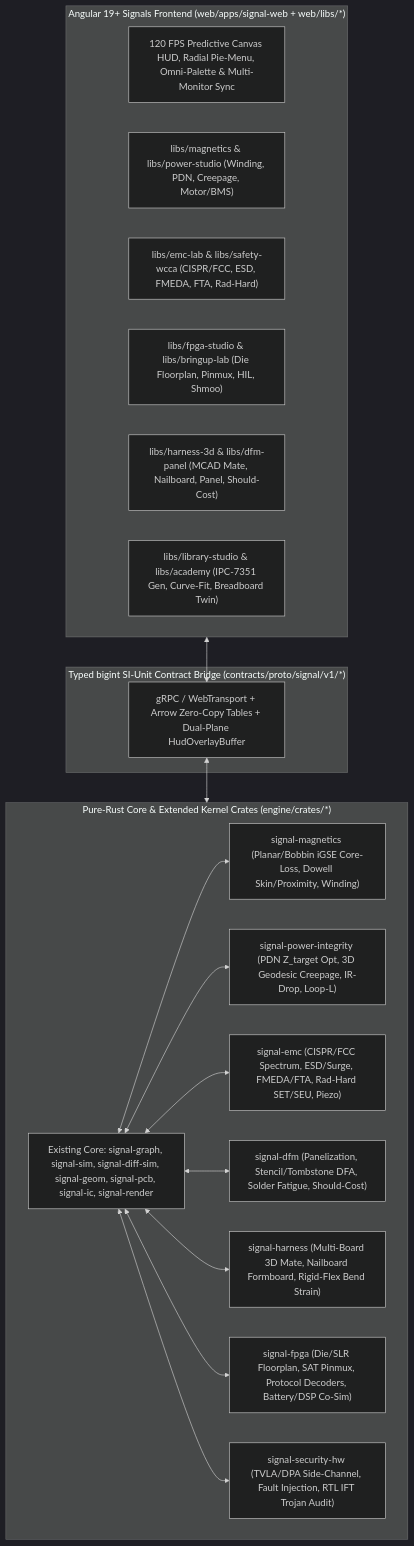
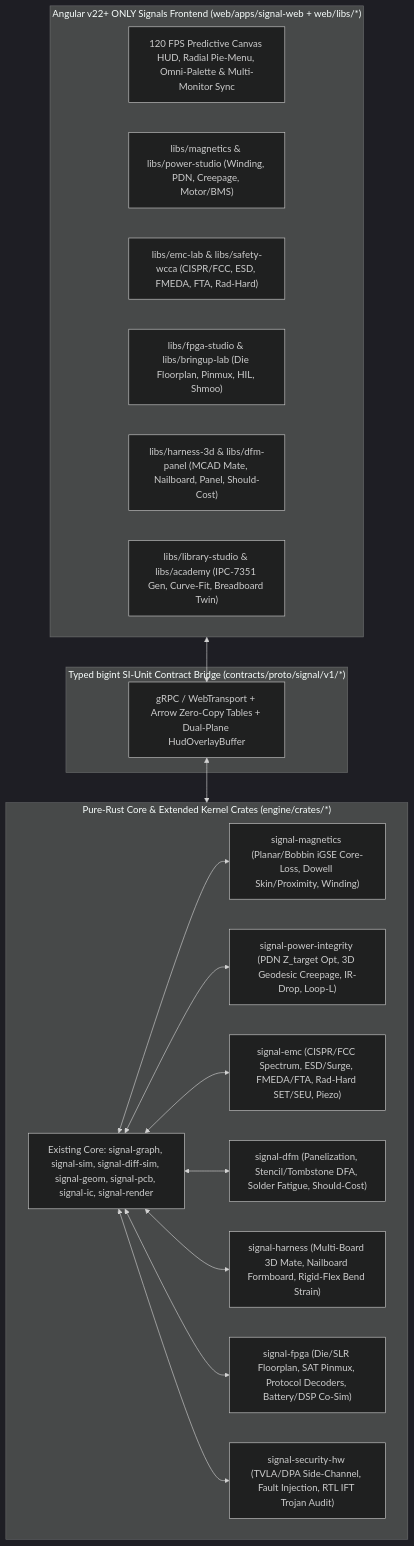
The diagram in architecture/17-extended-feature-specifications-ui-and-rust.md (the-code-master/signal), drawn with Mermaid (dark theme) before and after one commit. The commit also changed other lines of this file and 52 other files, not shown here.

````diff
--- a/architecture/17-extended-feature-specifications-ui-and-rust.md
+++ b/architecture/17-extended-feature-specifications-ui-and-rust.md
@@ -11,36 +11,36 @@
 ```mermaid
 flowchart TB
-    subgraph UI["Angular 19+ Signals Frontend (web/apps/signal-web + web/libs/*)"]
+    subgraph UI["Angular v22+ ONLY Signals Frontend (web/apps/signal-web + web/libs/*)"]
         HUD["120 FPS Predictive Canvas HUD, Radial Pie-Menu, Omni-Palette & Multi-Monitor Sync"]
         WExt1["libs/magnetics & libs/power-studio (Winding, PDN, Creepage, Motor/BMS)"]
         WExt2["libs/emc-lab & libs/safety-wcca (CISPR/FCC, ESD, FMEDA, FTA, Rad-Hard)"]
         WExt3["libs/fpga-studio & libs/bringup-lab (Die Floorplan, Pinmux, HIL, Shmoo)"]
         WExt4["libs/harness-3d & libs/dfm-panel (MCAD Mate, Nailboard, Panel, Should-Cost)"]
         WExt5["libs/library-studio & libs/academy (IPC-7351 Gen, Curve-Fit, Breadboard Twin)"]
     end
 
     subgraph Wire["Typed bigint SI-Unit Contract Bridge (contracts/proto/signal/v1/*)"]
         Proto["gRPC / WebTransport + Arrow Zero-Copy Tables + Dual-Plane HudOverlayBuffer"]
     end
 
     subgraph Rust["Pure-Rust Core & Extended Kernel Crates (engine/crates/*)"]
         CoreK["Existing Core: signal-graph, signal-sim, signal-diff-sim, signal-geom, signal-pcb, signal-ic, signal-render"]
         RK1["signal-magnetics (Planar/Bobbin iGSE Core-Loss, Dowell Skin/Proximity, Winding)"]
         RK2["signal-power-integrity (PDN Z_target Opt, 3D Geodesic Creepage, IR-Drop, Loop-L)"]
         RK3["signal-emc (CISPR/FCC Spectrum, ESD/Surge, FMEDA/FTA, Rad-Hard SET/SEU, Piezo)"]
         RK4["signal-dfm (Panelization, Stencil/Tombstone DFA, Solder Fatigue, Should-Cost)"]
         RK5["signal-harness (Multi-Board 3D Mate, Nailboard Formboard, Rigid-Flex Bend Strain)"]
         RK6["signal-fpga (Die/SLR Floorplan, SAT Pinmux, Protocol Decoders, Battery/DSP Co-Sim)"]
         RK7["signal-security-hw (TVLA/DPA Side-Channel, Fault Injection, RTL IFT Trojan Audit)"]
     end
 
     UI <--> Proto
     Proto <--> Rust
     CoreK <--> RK1
     CoreK <--> RK2
     CoreK <--> RK3
     CoreK <--> RK4
     CoreK <--> RK5
     CoreK <--> RK6
     CoreK <--> RK7
 ```
````
